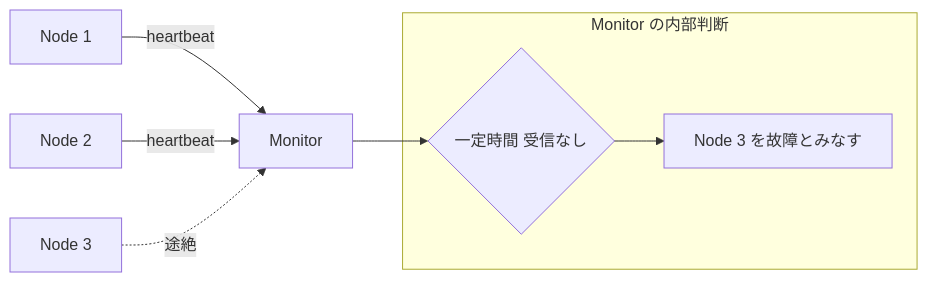
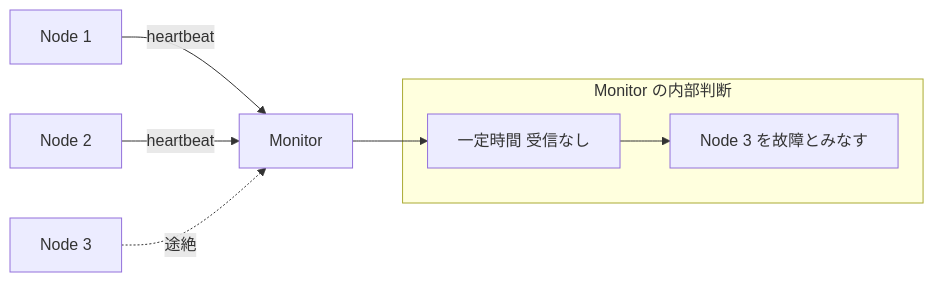
The first of 3 diagrams in content/notes/distributed-systems/heartbeat/index.md (nao1215/debimate), drawn with Mermaid before and after one commit. The commit also changed other lines of this file and 2 other files, not shown here.

````diff
--- a/content/notes/distributed-systems/heartbeat/index.md
+++ b/content/notes/distributed-systems/heartbeat/index.md
@@ -16,10 +16,10 @@
 ```mermaid
 flowchart LR
     N1[Node 1] -- heartbeat --> M[Monitor]
     N2[Node 2] -- heartbeat --> M
     N3[Node 3] -. 途絶 .-> M
     M --> D
     subgraph Monitor の内部判断
-        D{一定時間 受信なし} --> F[Node 3 を故障とみなす]
+        D[一定時間 受信なし] --> F[Node 3 を故障とみなす]
     end
 ```
````
